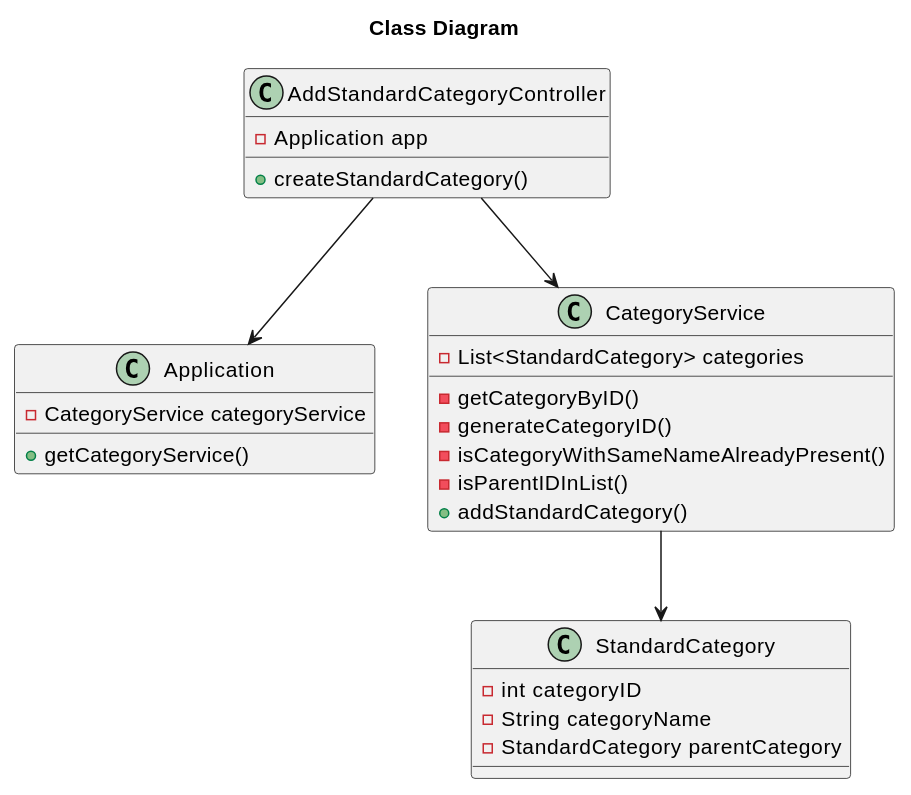
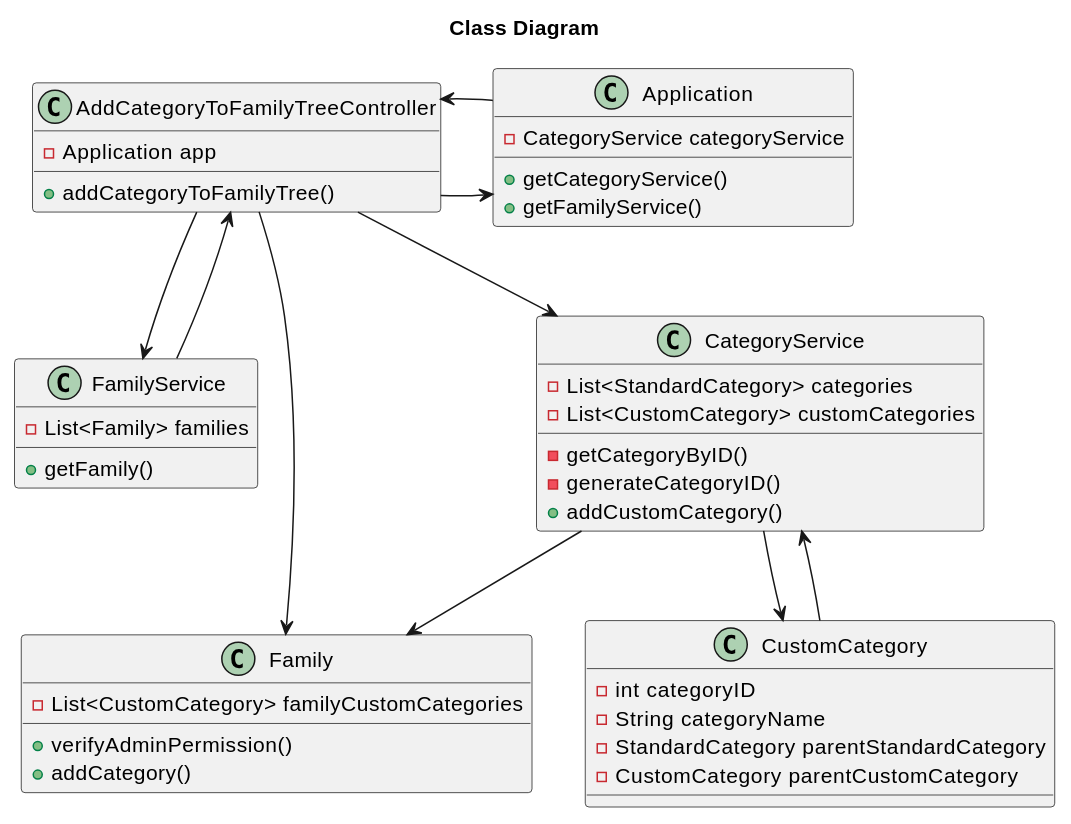
One commit to tomas-osswald/switch_2020_g3 changed the third of 3 diagrams in docs/sprint2/user_stories/US111_AddCategoryToFamilyTree.md. Above: the diagram before and after it, drawn with PlantUML. The commit also changed other lines of this file and 2 other files, not shown here.

````diff
--- a/docs/sprint2/user_stories/US111_AddCategoryToFamilyTree.md
+++ b/docs/sprint2/user_stories/US111_AddCategoryToFamilyTree.md
@@ -143,36 +144,54 @@
 ```puml
 @startuml
-
 title Class Diagram
 
-class AddStandardCategoryController {
+class AddCategoryToFamilyTreeController {
   - Application app
-  + createStandardCategory()
+  + addCategoryToFamilyTree()
 }
 
 class Application {
   - CategoryService categoryService
   + getCategoryService()
+  + getFamilyService()
+
+
 }
+class FamilyService{
+-List<Family> families
++getFamily()
+}
+
+class Family {
+- List<CustomCategory> familyCustomCategories
++ verifyAdminPermission()
++ addCategory()
+}
+
 
 class CategoryService {
   - List<StandardCategory> categories
+- List<CustomCategory> customCategories
   - getCategoryByID()
   - generateCategoryID()
-  - isCategoryWithSameNameAlreadyPresent()
-  - isParentIDInList()
-  + addStandardCategory()
+  + addCustomCategory()
 }
 
-class StandardCategory {
+class CustomCategory {
   - int categoryID
   - String categoryName
-  - StandardCategory parentCategory
+  - StandardCategory parentStandardCategory
+  - CustomCategory parentCustomCategory
 }
 
-AddStandardCategoryController --> Application
-AddStandardCategoryController --> CategoryService
-CategoryService --> StandardCategory
-
+ AddCategoryToFamilyTreeController --> Application
+Application -> AddCategoryToFamilyTreeController
+AddCategoryToFamilyTreeController --> FamilyService
+FamilyService --> AddCategoryToFamilyTreeController 
+AddCategoryToFamilyTreeController --> Family
+ AddCategoryToFamilyTreeController --> CategoryService
+CategoryService --> Family
+CategoryService --> CustomCategory
+CustomCategory --> CategoryService
 @enduml
 ```
````
